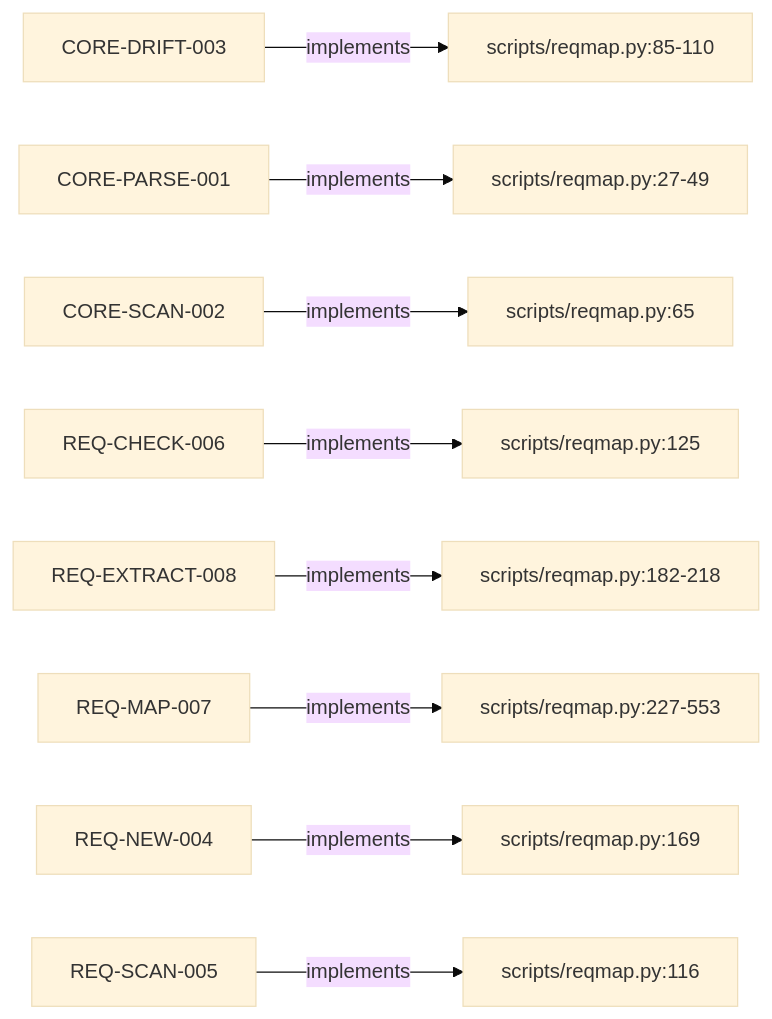
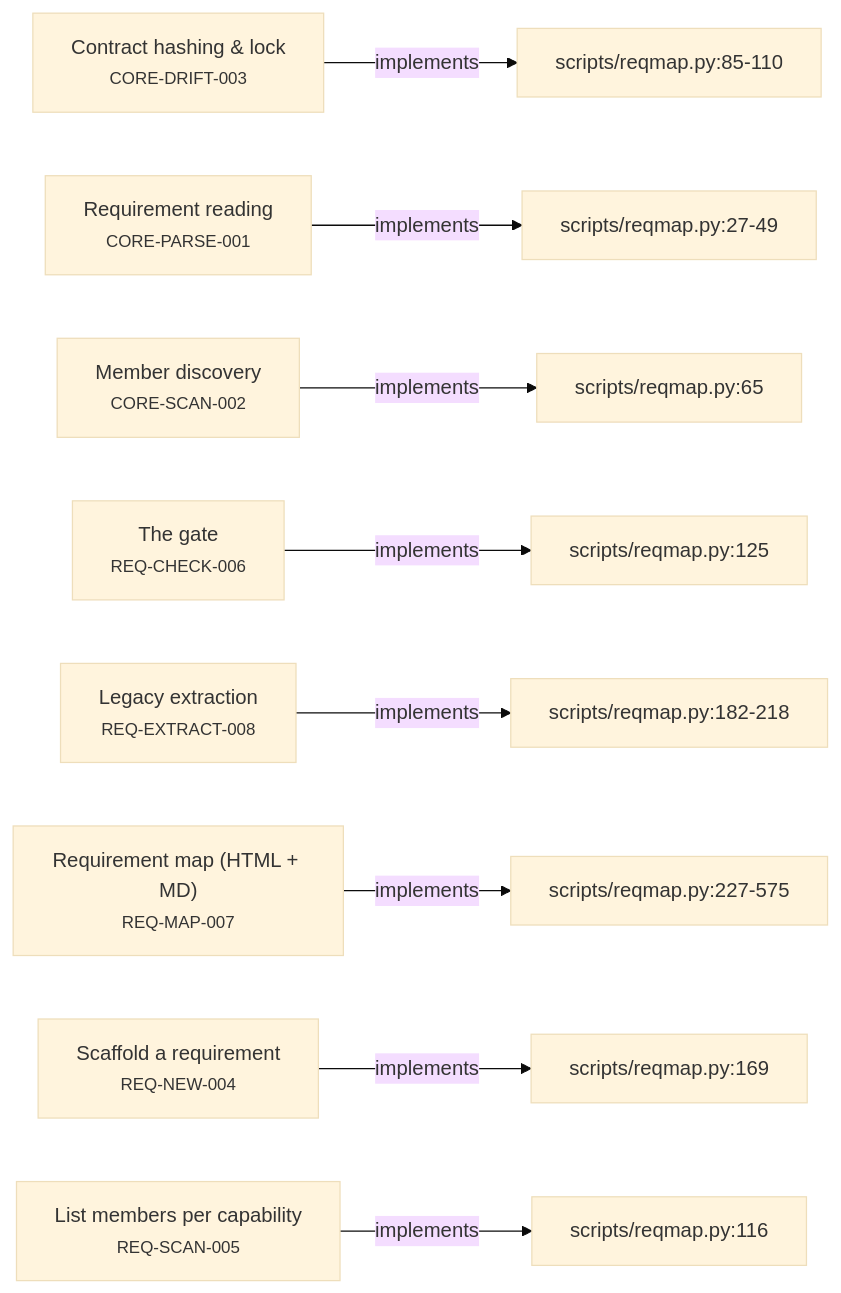
The second of 5 diagrams in requirements/_map.md (alxmax/Requirement-manager), drawn with Mermaid (base theme) before and after one commit. The commit also changed other lines of this file and 2 other files, not shown here.

First line of the commit message:
feat: human titles on map nodes (title big, ID small)

````diff
--- a/requirements/_map.md
+++ b/requirements/_map.md
@@ -38,27 +38,27 @@
 ```mermaid
 graph LR
-  CORE_DRIFT_003["CORE-DRIFT-003"]
+  CORE_DRIFT_003["Contract hashing & lock<br><small>CORE-DRIFT-003</small>"]
   f_scripts_reqmap_py_85_110["scripts/reqmap.py:85-110"]
   CORE_DRIFT_003 -->|implements| f_scripts_reqmap_py_85_110
-  CORE_PARSE_001["CORE-PARSE-001"]
+  CORE_PARSE_001["Requirement reading<br><small>CORE-PARSE-001</small>"]
   f_scripts_reqmap_py_27_49["scripts/reqmap.py:27-49"]
   CORE_PARSE_001 -->|implements| f_scripts_reqmap_py_27_49
-  CORE_SCAN_002["CORE-SCAN-002"]
+  CORE_SCAN_002["Member discovery<br><small>CORE-SCAN-002</small>"]
   f_scripts_reqmap_py_65["scripts/reqmap.py:65"]
   CORE_SCAN_002 -->|implements| f_scripts_reqmap_py_65
-  REQ_CHECK_006["REQ-CHECK-006"]
+  REQ_CHECK_006["The gate<br><small>REQ-CHECK-006</small>"]
   f_scripts_reqmap_py_125["scripts/reqmap.py:125"]
   REQ_CHECK_006 -->|implements| f_scripts_reqmap_py_125
-  REQ_EXTRACT_008["REQ-EXTRACT-008"]
+  REQ_EXTRACT_008["Legacy extraction<br><small>REQ-EXTRACT-008</small>"]
   f_scripts_reqmap_py_182_218["scripts/reqmap.py:182-218"]
   REQ_EXTRACT_008 -->|implements| f_scripts_reqmap_py_182_218
-  REQ_MAP_007["REQ-MAP-007"]
-  f_scripts_reqmap_py_227_553["scripts/reqmap.py:227-553"]
-  REQ_MAP_007 -->|implements| f_scripts_reqmap_py_227_553
-  REQ_NEW_004["REQ-NEW-004"]
+  REQ_MAP_007["Requirement map (HTML + MD)<br><small>REQ-MAP-007</small>"]
+  f_scripts_reqmap_py_227_575["scripts/reqmap.py:227-575"]
+  REQ_MAP_007 -->|implements| f_scripts_reqmap_py_227_575
+  REQ_NEW_004["Scaffold a requirement<br><small>REQ-NEW-004</small>"]
   f_scripts_reqmap_py_169["scripts/reqmap.py:169"]
   REQ_NEW_004 -->|implements| f_scripts_reqmap_py_169
-  REQ_SCAN_005["REQ-SCAN-005"]
+  REQ_SCAN_005["List members per capability<br><small>REQ-SCAN-005</small>"]
   f_scripts_reqmap_py_116["scripts/reqmap.py:116"]
   REQ_SCAN_005 -->|implements| f_scripts_reqmap_py_116
 ```
````
